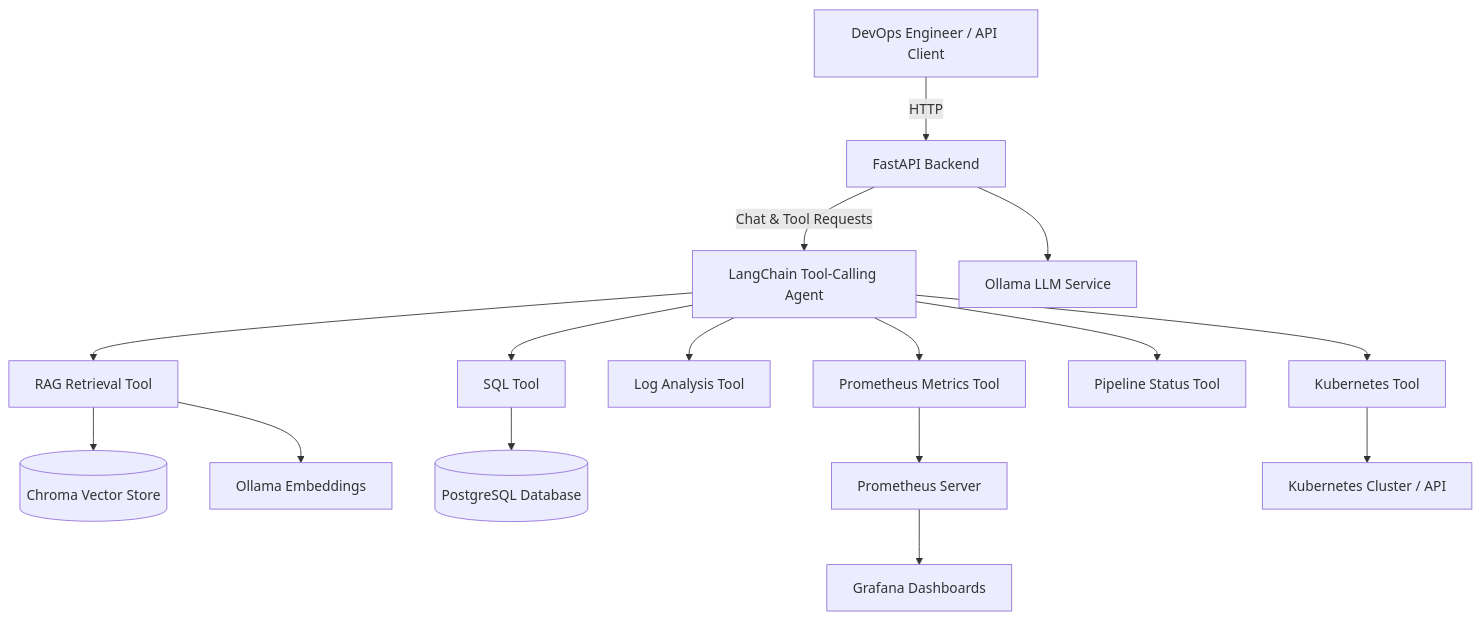
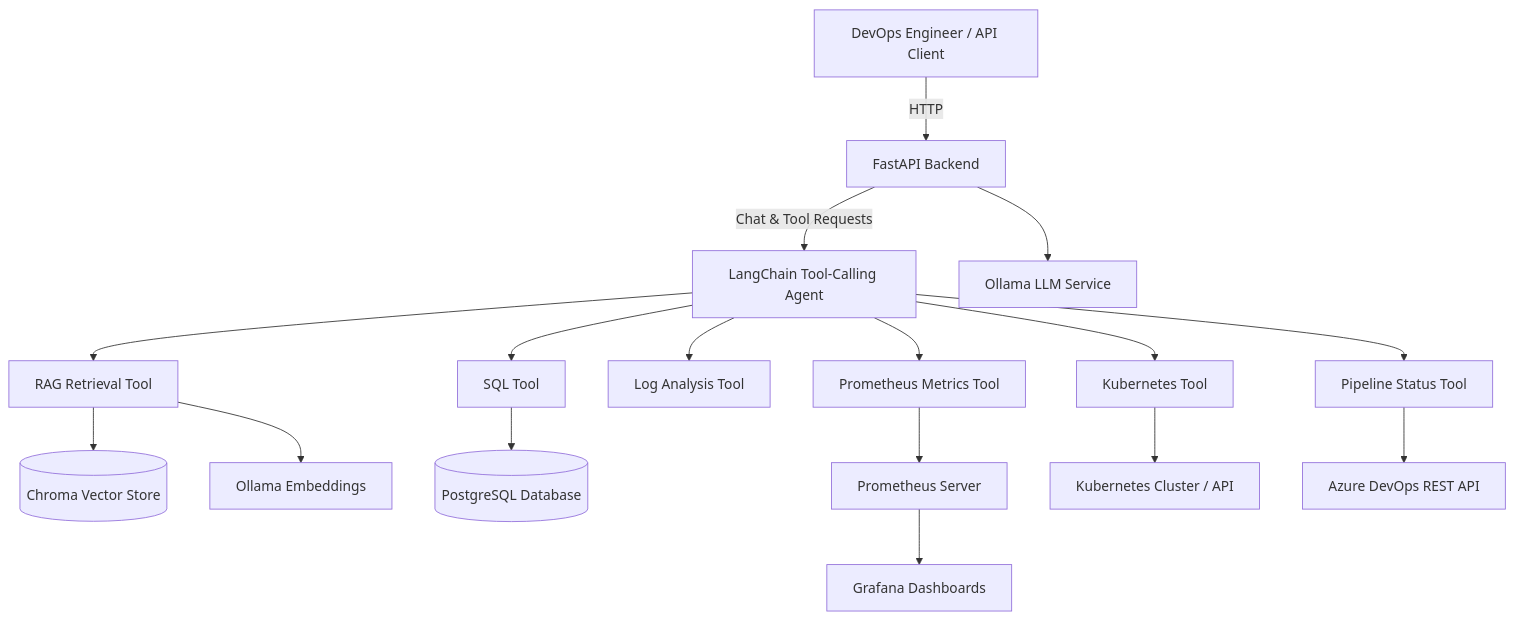
One commit to shaharco99/AI_DevOps changed the diagram in README.md. Above: the diagram before and after it, drawn with Mermaid. The commit also changed other lines of this file and 15 other files, not shown here.

````diff
--- a/README.md
+++ b/README.md
@@ -19,20 +19,21 @@
 ```mermaid
 flowchart TD
     U[DevOps Engineer / API Client] --> |HTTP| API[FastAPI Backend]
     API --> |Chat & Tool Requests| AGENT[LangChain Tool-Calling Agent]
     AGENT --> SQL[SQL Tool]
     AGENT --> K8S[Kubernetes Tool]
     AGENT --> LOGS[Log Analysis Tool]
     AGENT --> METRICS[Prometheus Metrics Tool]
     AGENT --> PIPE[Pipeline Status Tool]
     AGENT --> RAG[RAG Retrieval Tool]
 
     RAG --> CHROMA[(Chroma Vector Store)]
     RAG --> EMB[Ollama Embeddings]
 
     SQL --> POSTGRES[(PostgreSQL Database)]
     METRICS --> PROM[Prometheus Server]
     K8S --> CLUSTER[Kubernetes Cluster / API]
+    PIPE --> AZDO[Azure DevOps REST API]
     API --> OLLAMA[Ollama LLM Service]
     PROM --> GRAFANA[Grafana Dashboards]
 ```
````
